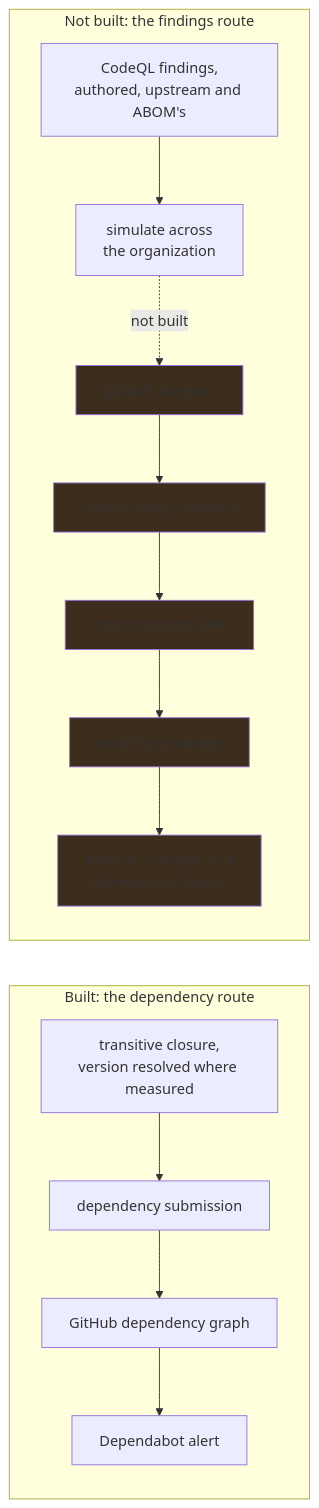
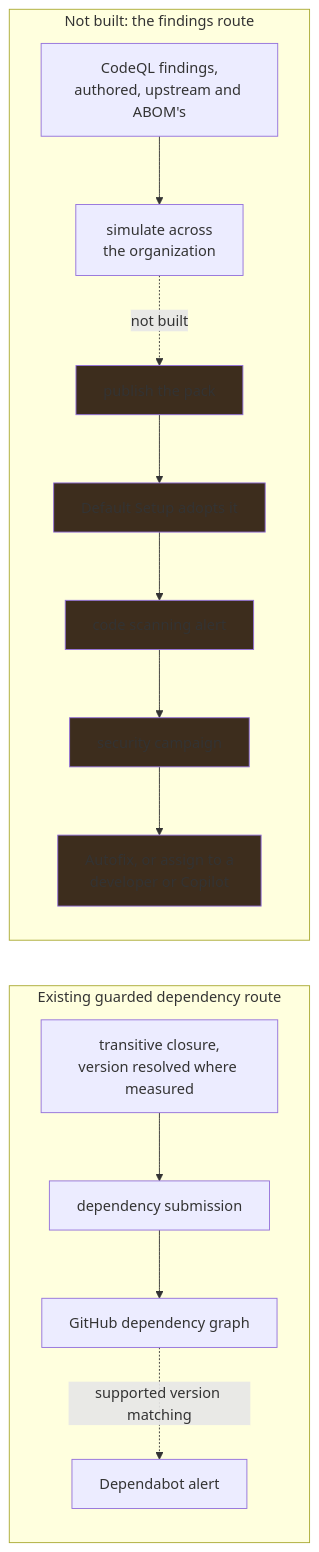
The first of 2 diagrams in docs/vision.md (advanced-security/codeql-abom), drawn with Mermaid before and after one commit. The commit also changed other lines of this file and 47 other files, not shown here.

````diff
--- a/docs/vision.md
+++ b/docs/vision.md
@@ -171,21 +175,21 @@
 ```mermaid
 flowchart LR
-  subgraph built["Built: the dependency route"]
+  subgraph built["Existing guarded dependency route"]
     CLOSE["transitive closure,<br/>version resolved where measured"] --> SUB["dependency submission"]
     SUB --> DG["GitHub dependency graph"]
-    DG --> DA["Dependabot alert"]
+    DG -. "supported version matching" .-> DA["Dependabot alert"]
   end
   subgraph gap["Not built: the findings route"]
     FIND["CodeQL findings,<br/>authored, upstream and ABOM's"] --> SIM["simulate across<br/>the organization"]
     SIM -. "not built" .-> PUB["publish the pack"]
     PUB --> CFG["Default Setup adopts it"]
     CFG --> CS["code scanning alert"]
     CS --> CAMP["security campaign"]
     CAMP --> PR["Autofix, or assign to a<br/>developer or Copilot"]
   end
   style PUB fill:#3d2d1d
   style CFG fill:#3d2d1d
   style CS fill:#3d2d1d
   style CAMP fill:#3d2d1d
   style PR fill:#3d2d1d
 ```
````
